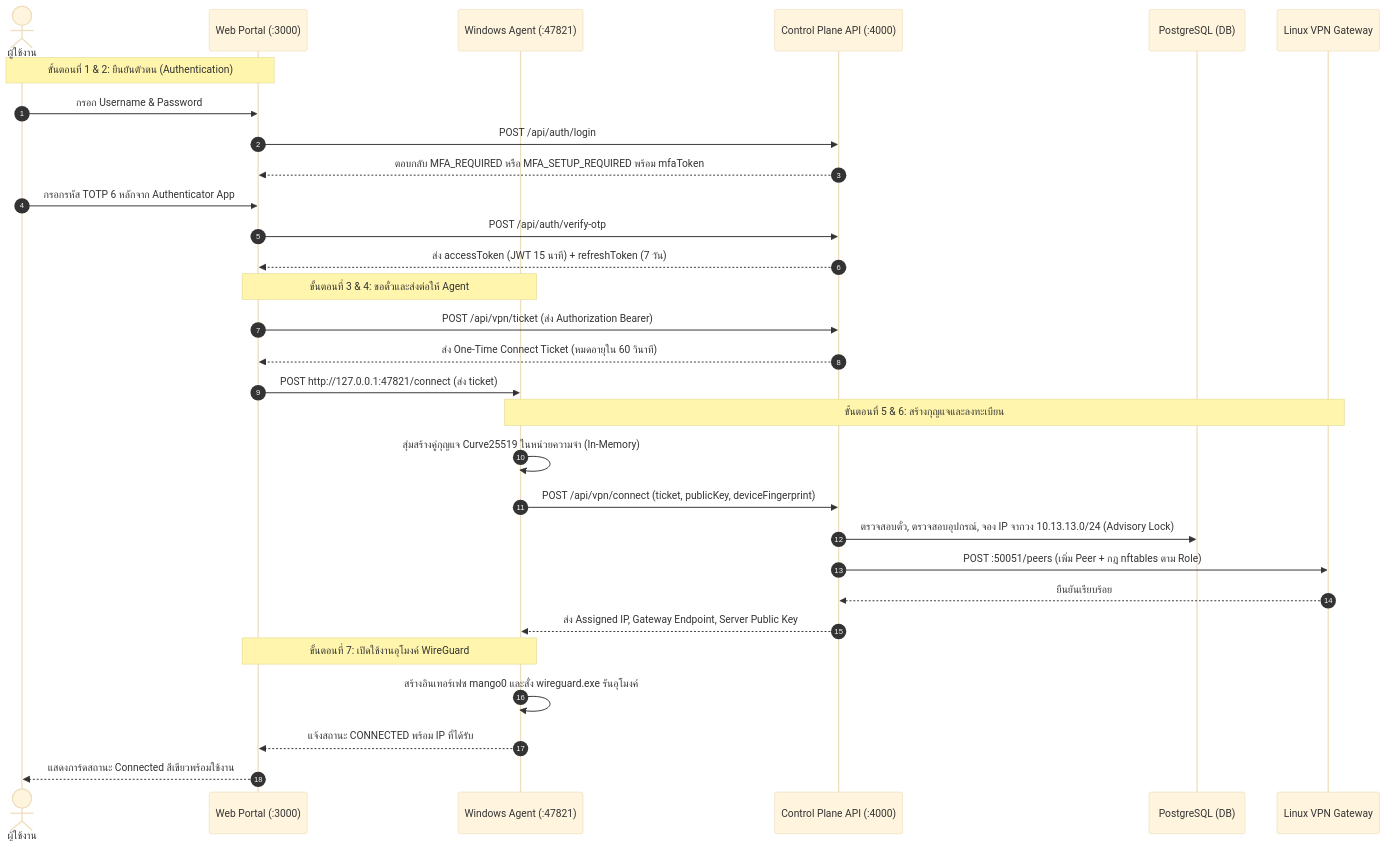
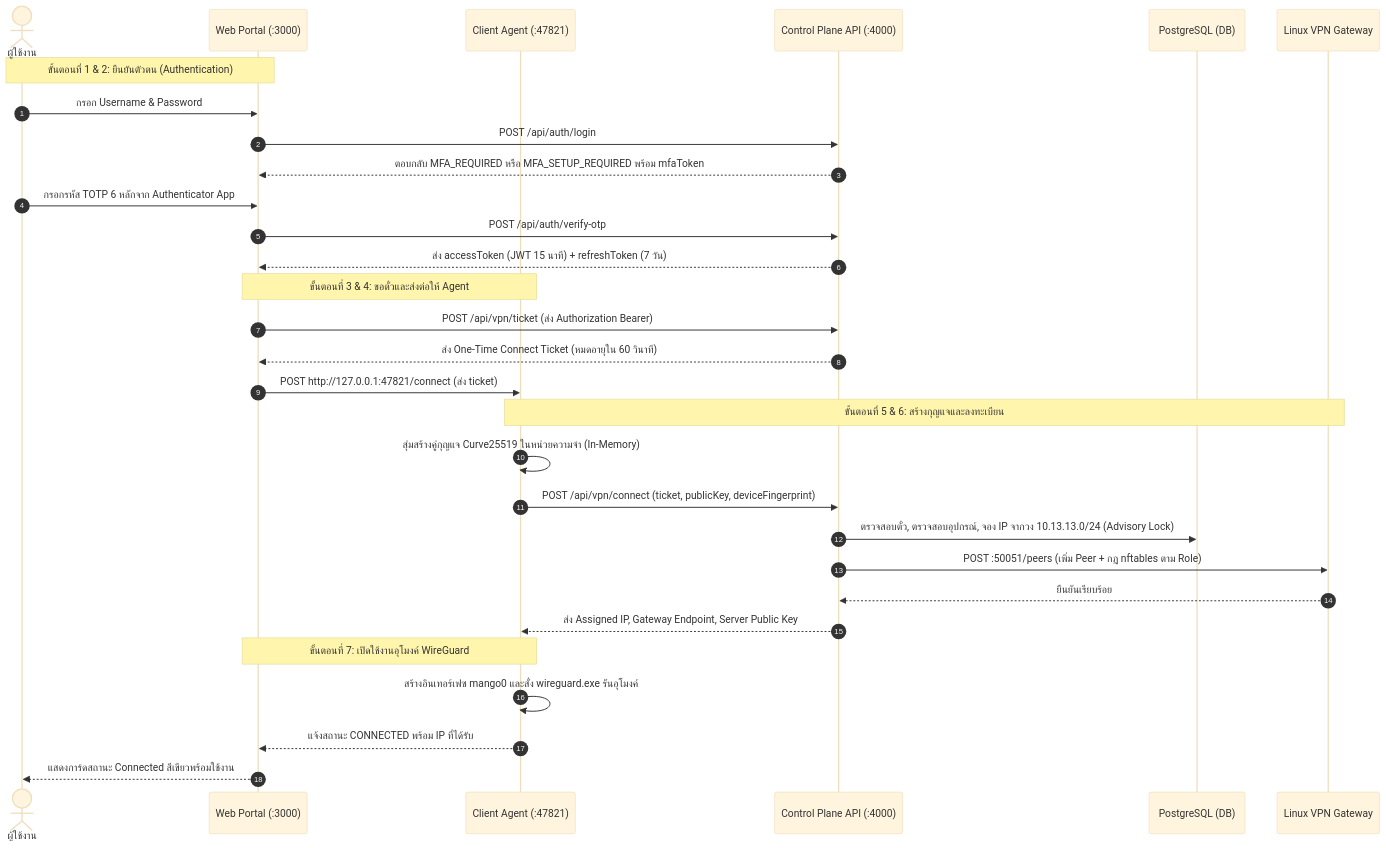
Before and after one commit to SobreeH/Mango_VPN_Trainee: the second of 2 diagrams in README.th.md, drawn with Mermaid (base theme). The commit also changed other lines of this file and 8 other files, not shown here.

````diff
--- a/README.th.md
+++ b/README.th.md
@@ -136,36 +141,36 @@
 ```mermaid
 sequenceDiagram
     autonumber
     actor User as ผู้ใช้งาน
     participant Portal as Web Portal (:3000)
-    participant Agent as Windows Agent (:47821)
+    participant Agent as Client Agent (:47821)
     participant API as Control Plane API (:4000)
     participant DB as PostgreSQL (DB)
     participant Daemon as Linux VPN Gateway
 
     Note over User,Portal: ขั้นตอนที่ 1 & 2: ยืนยันตัวตน (Authentication)
     User->>Portal: กรอก Username & Password
     Portal->>API: POST /api/auth/login
     API-->>Portal: ตอบกลับ MFA_REQUIRED หรือ MFA_SETUP_REQUIRED พร้อม mfaToken
     User->>Portal: กรอกรหัส TOTP 6 หลักจาก Authenticator App
     Portal->>API: POST /api/auth/verify-otp
     API-->>Portal: ส่ง accessToken (JWT 15 นาที) + refreshToken (7 วัน)
 
     Note over Portal,Agent: ขั้นตอนที่ 3 & 4: ขอตั๋วและส่งต่อให้ Agent
     Portal->>API: POST /api/vpn/ticket (ส่ง Authorization Bearer)
     API-->>Portal: ส่ง One-Time Connect Ticket (หมดอายุใน 60 วินาที)
     Portal->>Agent: POST http://127.0.0.1:47821/connect (ส่ง ticket)
 
     Note over Agent,Daemon: ขั้นตอนที่ 5 & 6: สร้างกุญแจและลงทะเบียน
     Agent->>Agent: สุ่มสร้างคู่กุญแจ Curve25519 ในหน่วยความจำ (In-Memory)
     Agent->>API: POST /api/vpn/connect (ticket, publicKey, deviceFingerprint)
     API->>DB: ตรวจสอบตั๋ว, ตรวจสอบอุปกรณ์, จอง IP จากวง 10.13.13.0/24 (Advisory Lock)
     API->>Daemon: POST :50051/peers (เพิ่ม Peer + กฎ nftables ตาม Role)
     Daemon-->>API: ยืนยันเรียบร้อย
     API-->>Agent: ส่ง Assigned IP, Gateway Endpoint, Server Public Key
 
     Note over Agent,Portal: ขั้นตอนที่ 7: เปิดใช้งานอุโมงค์ WireGuard
     Agent->>Agent: สร้างอินเทอร์เฟซ mango0 และสั่ง wireguard.exe รันอุโมงค์
     Agent-->>Portal: แจ้งสถานะ CONNECTED พร้อม IP ที่ได้รับ
     Portal-->>User: แสดงการ์ดสถานะ Connected สีเขียวพร้อมใช้งาน
 ```
````
